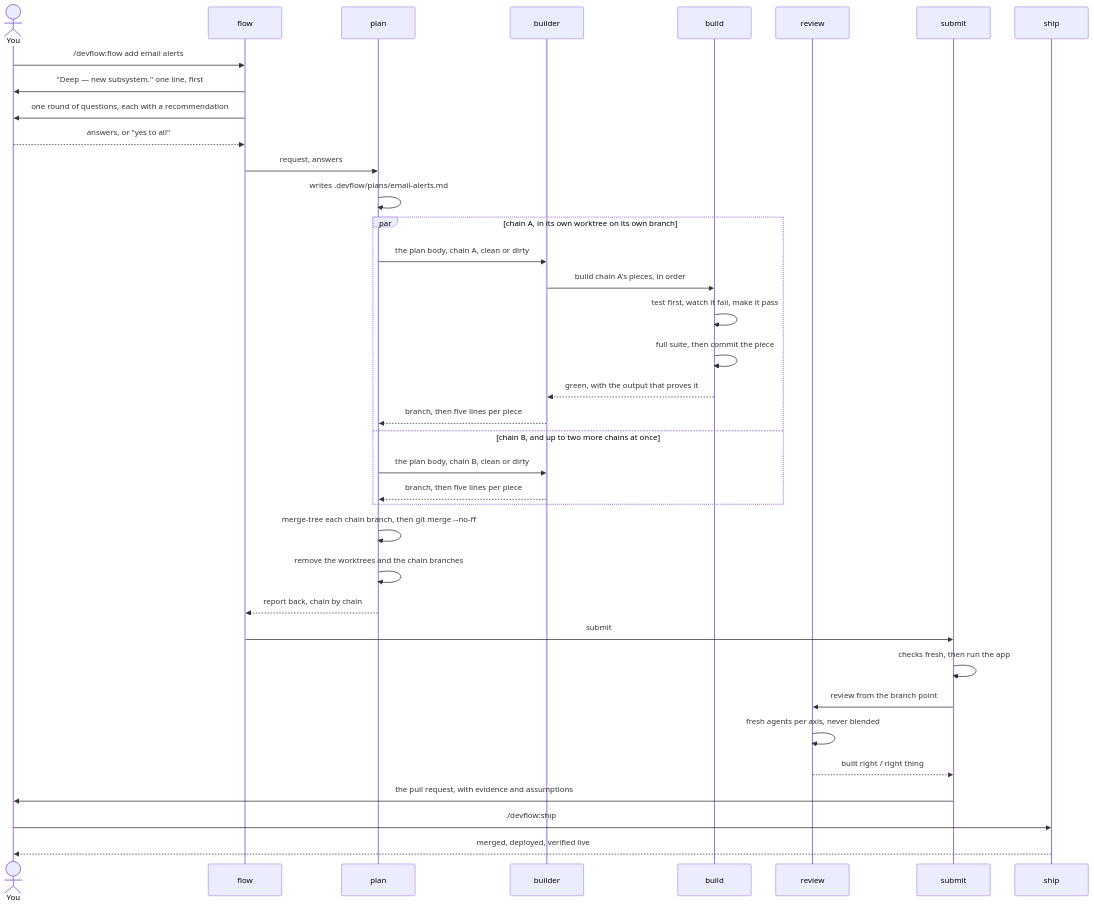
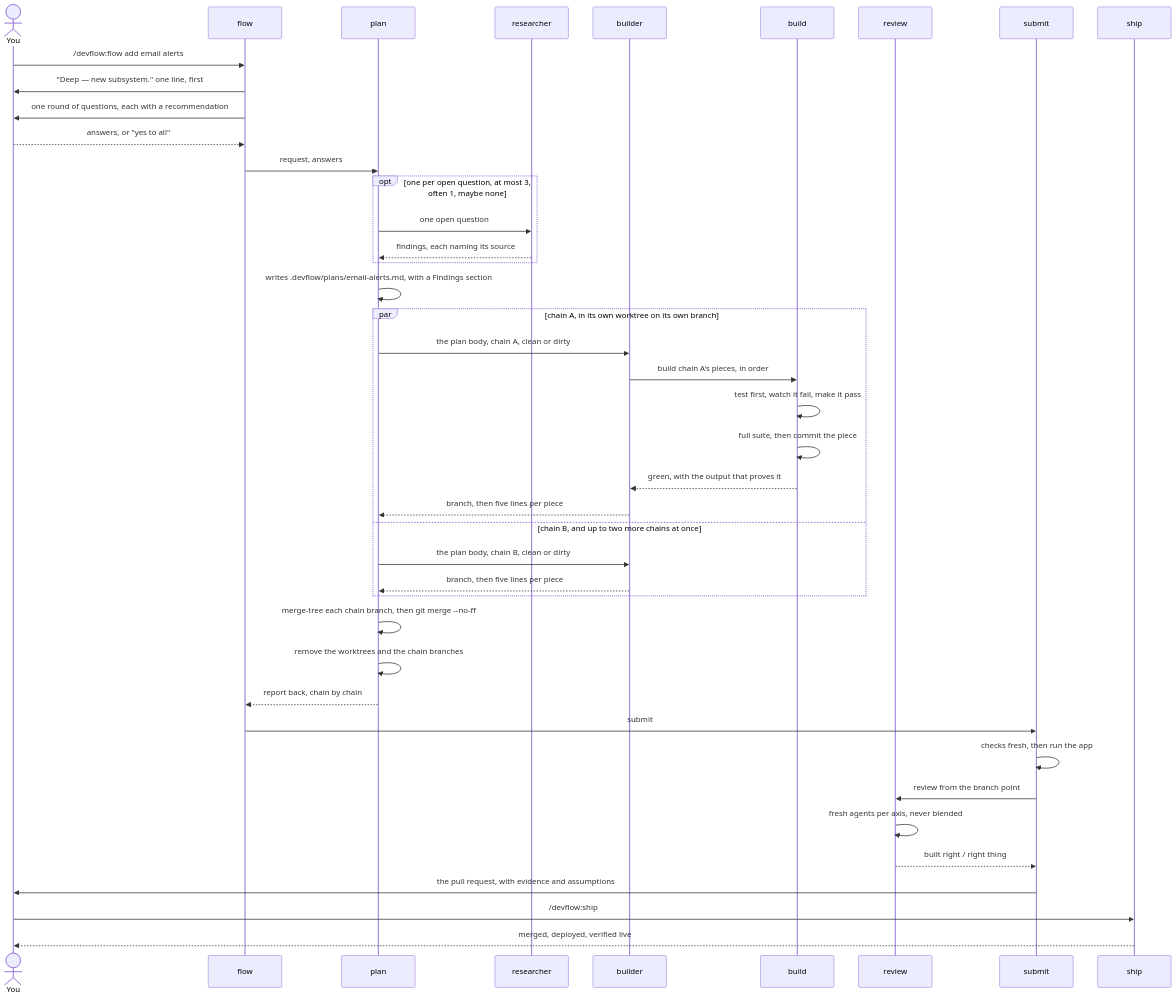
The second of 2 diagrams in docs/pipeline.md (eddiechok/agent-devflow), drawn with Mermaid before and after one commit. The commit also changed 8 other files, not shown here.

First line of the commit message:
feat(plan): research a new Deep plan's open questions before its pieces (#90)

````diff
--- a/docs/pipeline.md
+++ b/docs/pipeline.md
@@ -95,42 +95,47 @@
 ```mermaid
 sequenceDiagram
     actor You
     participant flow
     participant plan
+    participant researcher
     participant builder
     participant build
     participant review
     participant submit
     participant ship
 
     You->>flow: /devflow:flow add email alerts
     flow->>You: "Deep — new subsystem." one line, first
     flow->>You: one round of questions, each with a recommendation
     You-->>flow: answers, or "yes to all"
     flow->>plan: request, answers
-    plan->>plan: writes .devflow/plans/email-alerts.md
+    opt one per open question, at most 3, often 1, maybe none
+        plan->>researcher: one open question
+        researcher-->>plan: findings, each naming its source
+    end
+    plan->>plan: writes .devflow/plans/email-alerts.md, with a Findings section
 
     par chain A, in its own worktree on its own branch
         plan->>builder: the plan body, chain A, clean or dirty
         builder->>build: build chain A's pieces, in order
         build->>build: test first, watch it fail, make it pass
         build->>build: full suite, then commit the piece
         build-->>builder: green, with the output that proves it
         builder-->>plan: branch, then five lines per piece
     and chain B, and up to two more chains at once
         plan->>builder: the plan body, chain B, clean or dirty
         builder-->>plan: branch, then five lines per piece
     end
 
     plan->>plan: merge-tree each chain branch, then git merge --no-ff
     plan->>plan: remove the worktrees and the chain branches
     plan-->>flow: report back, chain by chain
     flow->>submit: submit
     submit->>submit: checks fresh, then run the app
     submit->>review: review from the branch point
     review->>review: fresh agents per axis, never blended
     review-->>submit: built right / right thing
     submit->>You: the pull request, with evidence and assumptions
     You->>ship: /devflow:ship
     ship-->>You: merged, deployed, verified live
 ```
````
